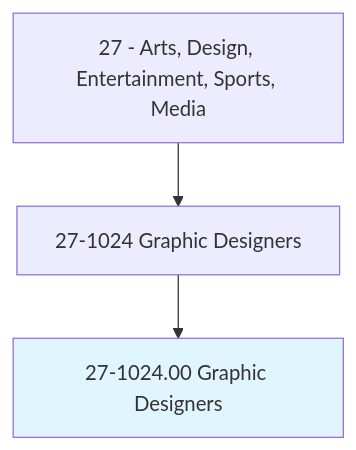
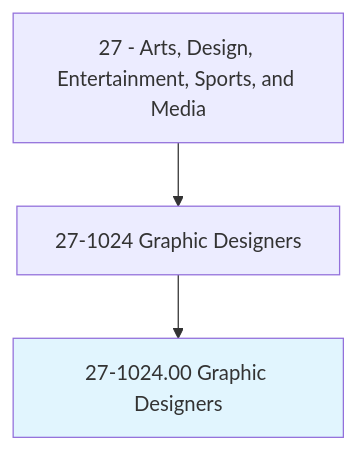
One commit to kziemski/business.org.ai changed the first of 4 diagrams in occupations/ArtsMedia/GraphicDesigners.mdx. Above: the diagram before and after it, drawn with Mermaid. The commit also changed other lines of this file and 938 other files, not shown here.

````diff
--- a/occupations/ArtsMedia/GraphicDesigners.mdx
+++ b/occupations/ArtsMedia/GraphicDesigners.mdx
@@ -19,6 +23,6 @@
 ```mermaid
 graph TD
-    Cat27["27 - Arts, Design, Entertainment, Sports, Media"] --> Group271024["27-1024 Graphic Designers"]
+    Cat27["27 - Arts, Design, Entertainment, Sports, and Media"] --> Group271024["27-1024 Graphic Designers"]
     Group271024 --> Current["27-1024.00 Graphic Designers"]
     style Current fill:#e1f5fe
 ```
````
